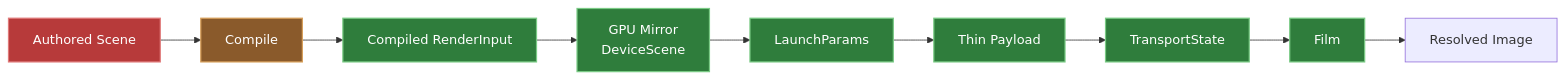
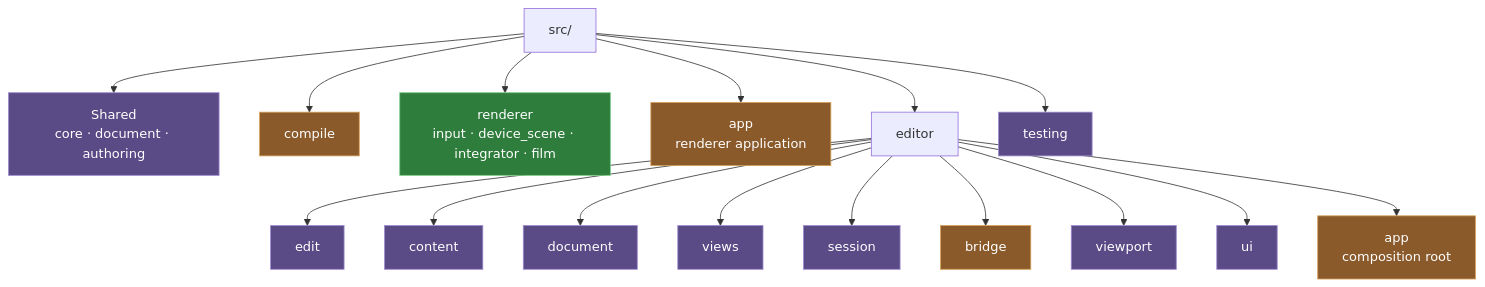
Before and after one commit to nicolasgfx/Portfolio: the fourth of 4 diagrams in README.md, drawn with Mermaid. The commit also changed other lines of this file, not shown here.

````diff
--- a/README.md
+++ b/README.md
@@ -575,22 +325,28 @@
 ```mermaid
-flowchart LR
-    A["Authored Scene"]
-    B["Compile"]
-    C["Compiled RenderInput"]
-    D["GPU Mirror<br/>DeviceScene"]
-    E["LaunchParams"]
-    F["Thin Payload"]
-    G["TransportState"]
-    H["Film"]
-    I["Resolved Image"]
+flowchart TD
+    SRC["src/"]
 
-    A --> B --> C --> D --> E
-    E --> F --> G --> H --> I
+    SRC --> Shared["Shared<br/>core · document · authoring"]
+    SRC --> Compile["compile"]
+    SRC --> Renderer["renderer<br/>input · device_scene · integrator · film"]
+    SRC --> App["app<br/>renderer application"]
+    SRC --> Editor["editor"]
+    SRC --> Testing["testing"]
 
-    classDef truth fill:#b73a3a,stroke:#e07a7a,stroke-width:1.5px,color:#fff
-    classDef bridge fill:#8a5a2b,stroke:#d8a05a,stroke-width:1.5px,color:#fff
-    classDef gpu fill:#2f7d3c,stroke:#7acb85,stroke-width:1.5px,color:#fff
-    class A truth
-    class B bridge
-    class C,D,E,F,G,H gpu
+    Editor --> Edit["edit"]
+    Editor --> Content["content"]
+    Editor --> Document["document"]
+    Editor --> Views["views"]
+    Editor --> Session["session"]
+    Editor --> Bridge["bridge"]
+    Editor --> Viewport["viewport"]
+    Editor --> UI["ui"]
+    Editor --> EApp["app<br/>composition root"]
+
+    classDef view fill:#5a4a86,stroke:#9d8ad0,color:#fff
+    classDef bridge fill:#8a5a2b,stroke:#d8a05a,color:#fff
+    classDef gpu fill:#2f7d3c,stroke:#7acb85,color:#fff
+    class Shared,Edit,Content,Document,Views,Session,Viewport,UI,Testing view
+    class Compile,App,Bridge,EApp bridge
+    class Renderer gpu
 ```
````
